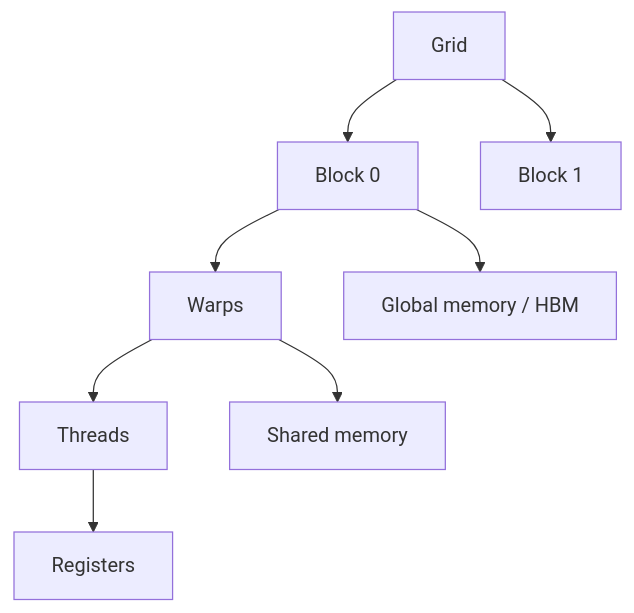
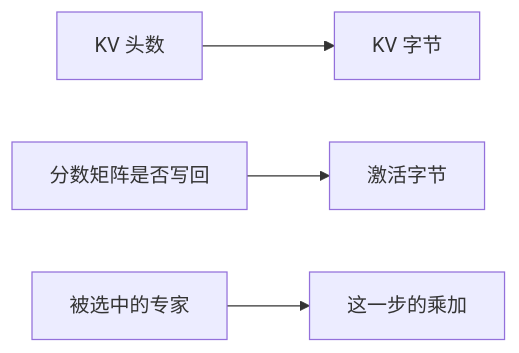
The diagram in astro-site/src/content/lessons/ai-infra-02.mdx (cyberspacelee/llms-from-scratch), drawn with Mermaid before and after one commit. The commit also changed other lines of this file and 25 other files, not shown here.

````diff
--- a/astro-site/src/content/lessons/ai-infra-02.mdx
+++ b/astro-site/src/content/lessons/ai-infra-02.mdx
@@ -13,10 +13,6 @@
 ```mermaid
-flowchart TB
-  G[Grid] --> B1[Block 0]
-  G --> B2[Block 1]
-  B1 --> W[Warps]
-  W --> T[Threads]
-  T --> R[Registers]
-  W --> S[Shared memory]
-  B1 --> H[Global memory / HBM]
+flowchart LR
+  heads[KV 头数] --> bytes[KV 字节]
+  score[分数矩阵是否写回] --> act[激活字节]
+  experts[被选中的专家] --> flops[这一步的乘加]
 ```
````
